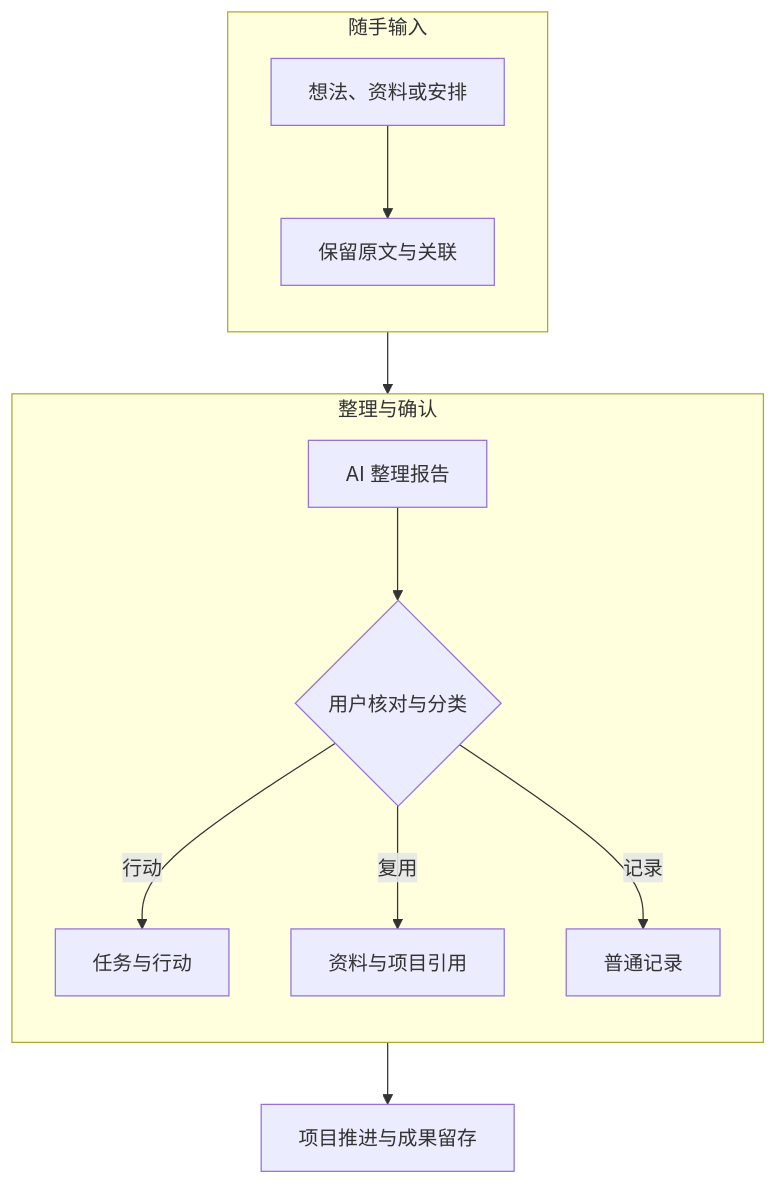
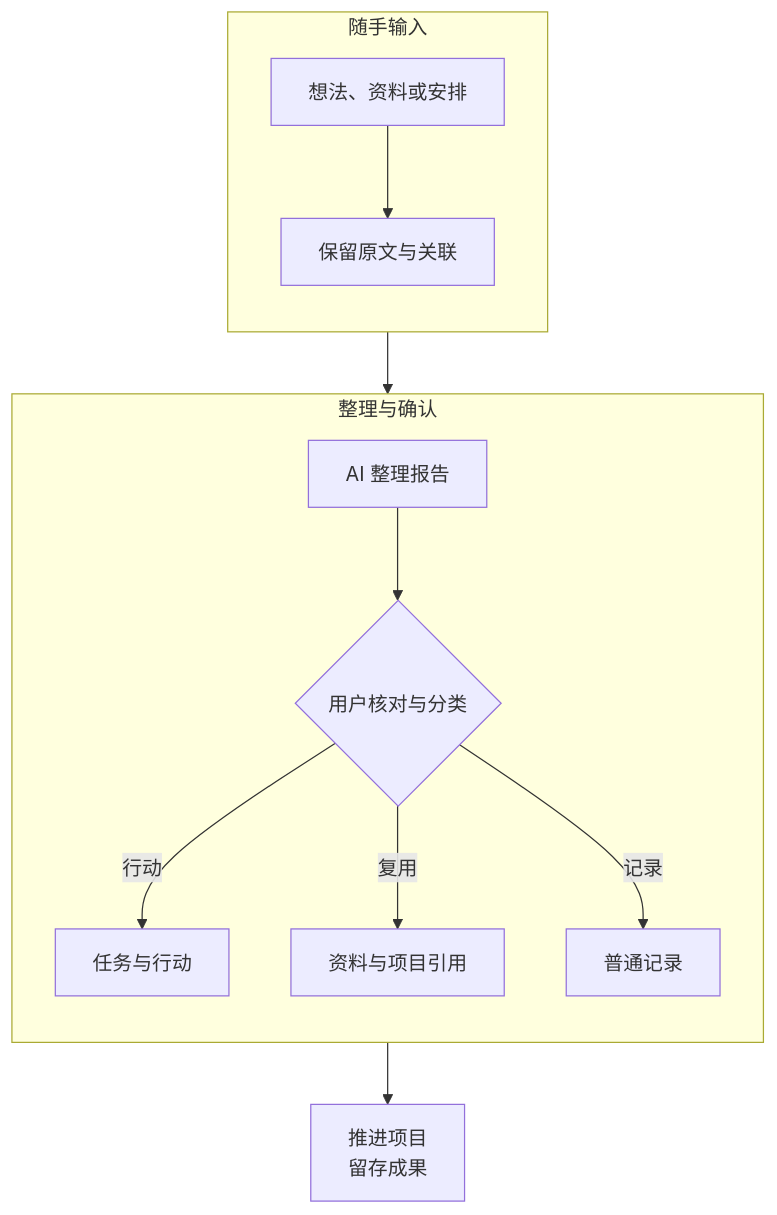
One commit to cytlabs/personal-site changed the first of 2 diagrams in content/cases/intent.md. Above: the diagram before and after it, drawn with Mermaid. The commit also changed other lines of this file and 8 other files, not shown here.

Commit message:
完善图表阅读顺序与语义换行

````diff
--- a/content/cases/intent.md
+++ b/content/cases/intent.md
@@ -17,16 +17,16 @@
 ```mermaid
 flowchart TD
     subgraph CAPTURE["随手输入"]
         direction TB
         A["想法、资料或安排"] --> B["保留原文与关联"]
     end
     subgraph ORGANIZE["整理与确认"]
         direction TB
         C["AI 整理报告"] --> D{"用户核对与分类"}
         D -->|行动| E["任务与行动"]
         D -->|复用| F["资料与项目引用"]
         D -->|记录| G["普通记录"]
     end
     CAPTURE --> ORGANIZE
-    ORGANIZE --> H["项目推进与成果留存"]
+    ORGANIZE --> H["推进项目<br/>留存成果"]
 ```
````
